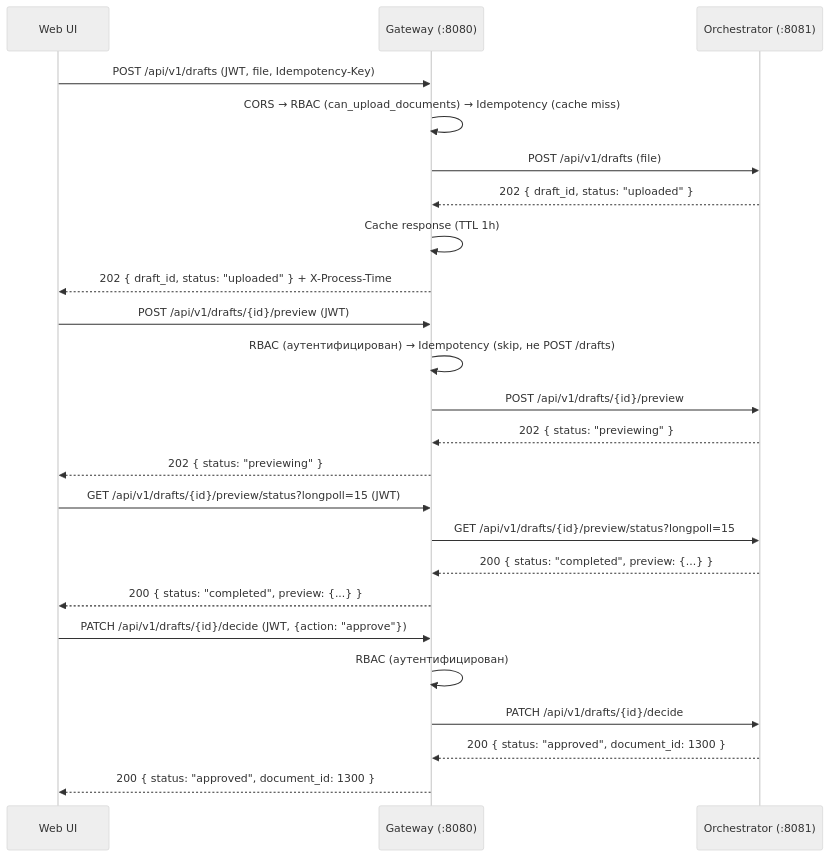
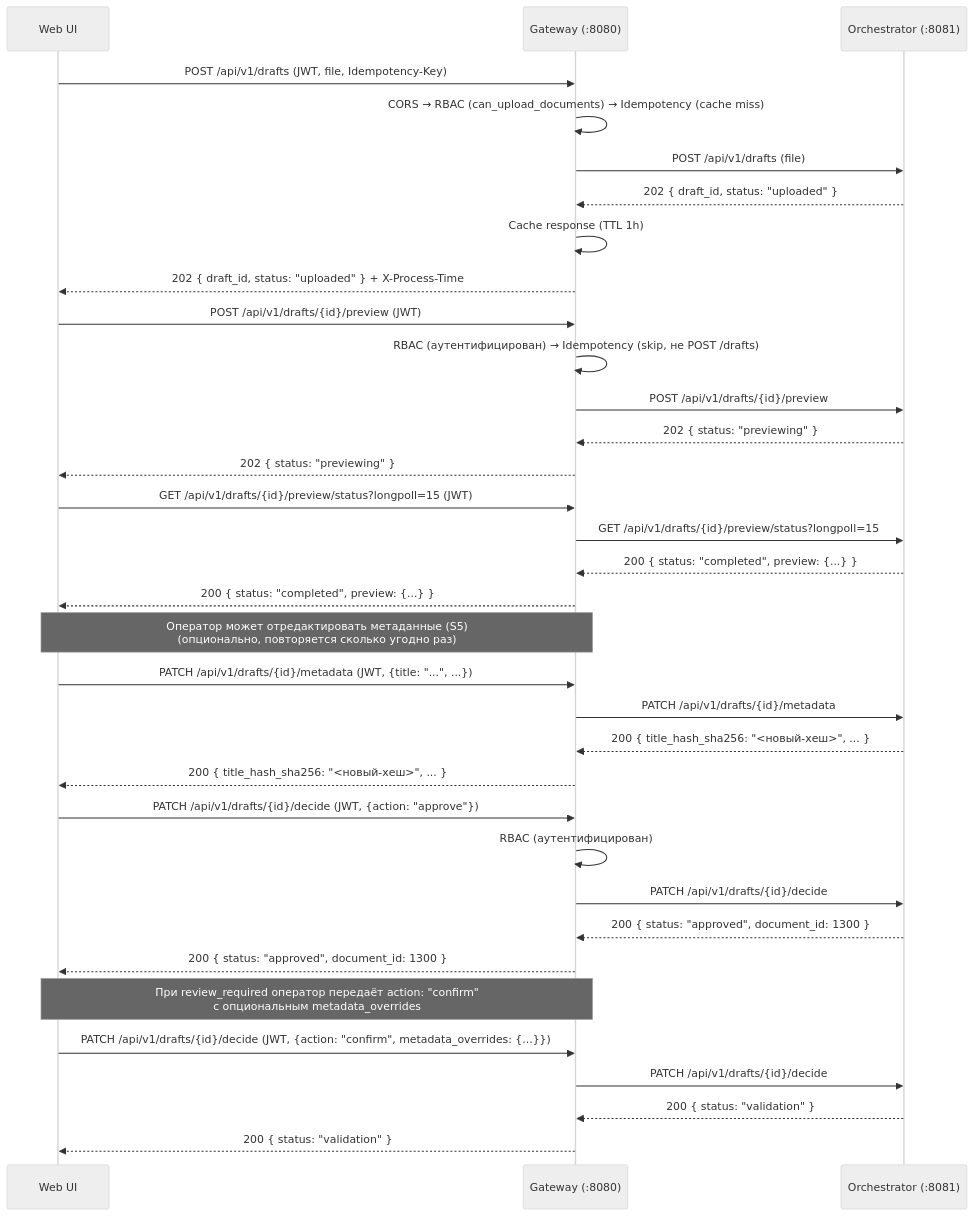
One commit to MasterKSAF/PKB changed the first of 2 diagrams in backend/gateway_service/docs/gateway_service_api.md. Above: the diagram before and after it, drawn with Mermaid (neutral theme). The commit also changed other lines of this file and 39 other files, not shown here.

````diff
--- a/backend/gateway_service/docs/gateway_service_api.md
+++ b/backend/gateway_service/docs/gateway_service_api.md
@@ -108,30 +132,42 @@
 ```mermaid
 sequenceDiagram
     participant UI as Web UI
     participant GW as Gateway (:8080)
     participant Orch as Orchestrator (:8081)
 
     UI->>GW: POST /api/v1/drafts (JWT, file, Idempotency-Key)
     GW->>GW: CORS → RBAC (can_upload_documents) → Idempotency (cache miss)
     GW->>Orch: POST /api/v1/drafts (file)
     Orch-->>GW: 202 { draft_id, status: "uploaded" }
     GW->>GW: Cache response (TTL 1h)
     GW-->>UI: 202 { draft_id, status: "uploaded" } + X-Process-Time
 
     UI->>GW: POST /api/v1/drafts/{id}/preview (JWT)
     GW->>GW: RBAC (аутентифицирован) → Idempotency (skip, не POST /drafts)
     GW->>Orch: POST /api/v1/drafts/{id}/preview
     Orch-->>GW: 202 { status: "previewing" }
     GW-->>UI: 202 { status: "previewing" }
 
     UI->>GW: GET /api/v1/drafts/{id}/preview/status?longpoll=15 (JWT)
     GW->>Orch: GET /api/v1/drafts/{id}/preview/status?longpoll=15
     Orch-->>GW: 200 { status: "completed", preview: {...} }
     GW-->>UI: 200 { status: "completed", preview: {...} }
 
+    Note over UI,GW: Оператор может отредактировать метаданные (S5)<br/>(опционально, повторяется сколько угодно раз)
+    UI->>GW: PATCH /api/v1/drafts/{id}/metadata (JWT, {title: "...", ...})
+    GW->>Orch: PATCH /api/v1/drafts/{id}/metadata
+    Orch-->>GW: 200 { title_hash_sha256: "<новый-хеш>", ... }
+    GW-->>UI: 200 { title_hash_sha256: "<новый-хеш>", ... }
+
     UI->>GW: PATCH /api/v1/drafts/{id}/decide (JWT, {action: "approve"})
     GW->>GW: RBAC (аутентифицирован)
     GW->>Orch: PATCH /api/v1/drafts/{id}/decide
     Orch-->>GW: 200 { status: "approved", document_id: 1300 }
     GW-->>UI: 200 { status: "approved", document_id: 1300 }
+
+    Note over UI,GW: При review_required оператор передаёт action: "confirm"<br/>с опциональным metadata_overrides
+    UI->>GW: PATCH /api/v1/drafts/{id}/decide (JWT, {action: "confirm", metadata_overrides: {...}})
+    GW->>Orch: PATCH /api/v1/drafts/{id}/decide
+    Orch-->>GW: 200 { status: "validation" }
+    GW-->>UI: 200 { status: "validation" }
 ```
````
